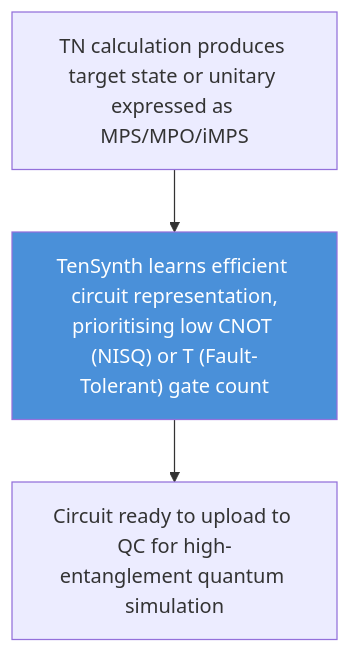
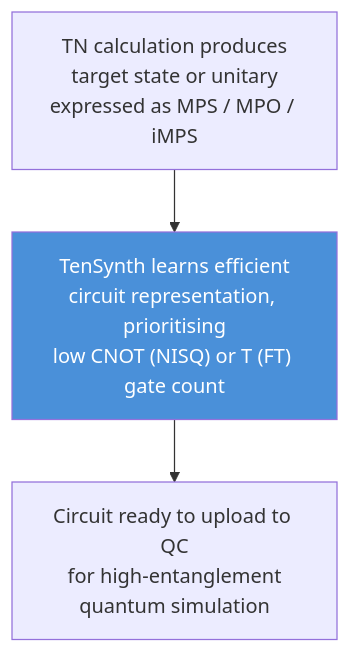
The diagram in README.md (GibbsJR/TenSynth), drawn with Mermaid before and after one commit.

Commit message:
Add line breaks to mermaid flowchart to prevent text cutoff

````diff
--- a/README.md
+++ b/README.md
@@ -9,7 +9,7 @@
 ```mermaid
 graph TD
-    A["TN calculation produces target state or unitary expressed as MPS/MPO/iMPS"]
-    A --> B["TenSynth learns efficient circuit representation,<br/>prioritising low CNOT (NISQ) or T (Fault-Tolerant) gate count"]
-    B --> C["Circuit ready to upload to QC for high-entanglement quantum simulation"]
+    A["TN calculation produces<br/>target state or unitary<br/>expressed as MPS / MPO / iMPS"]
+    A --> B["TenSynth learns efficient<br/>circuit representation, prioritising<br/>low CNOT (NISQ) or T (FT) gate count"]
+    B --> C["Circuit ready to upload to QC<br/>for high-entanglement<br/>quantum simulation"]
     style B fill:#4a90d9,color:#fff
 ```
````
